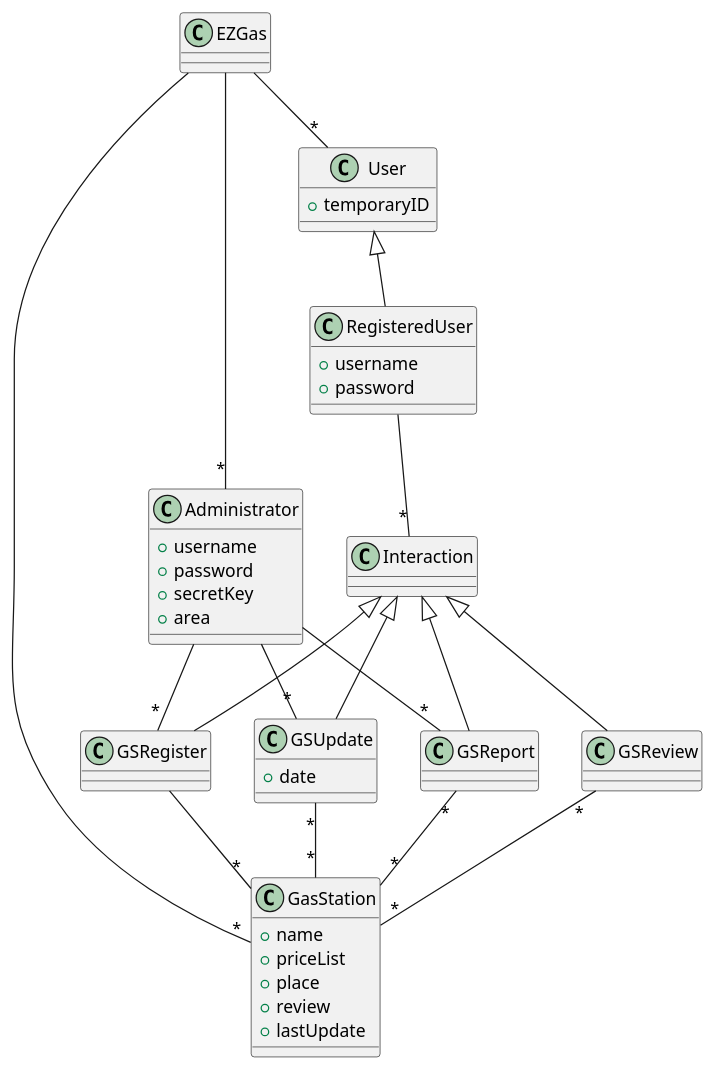
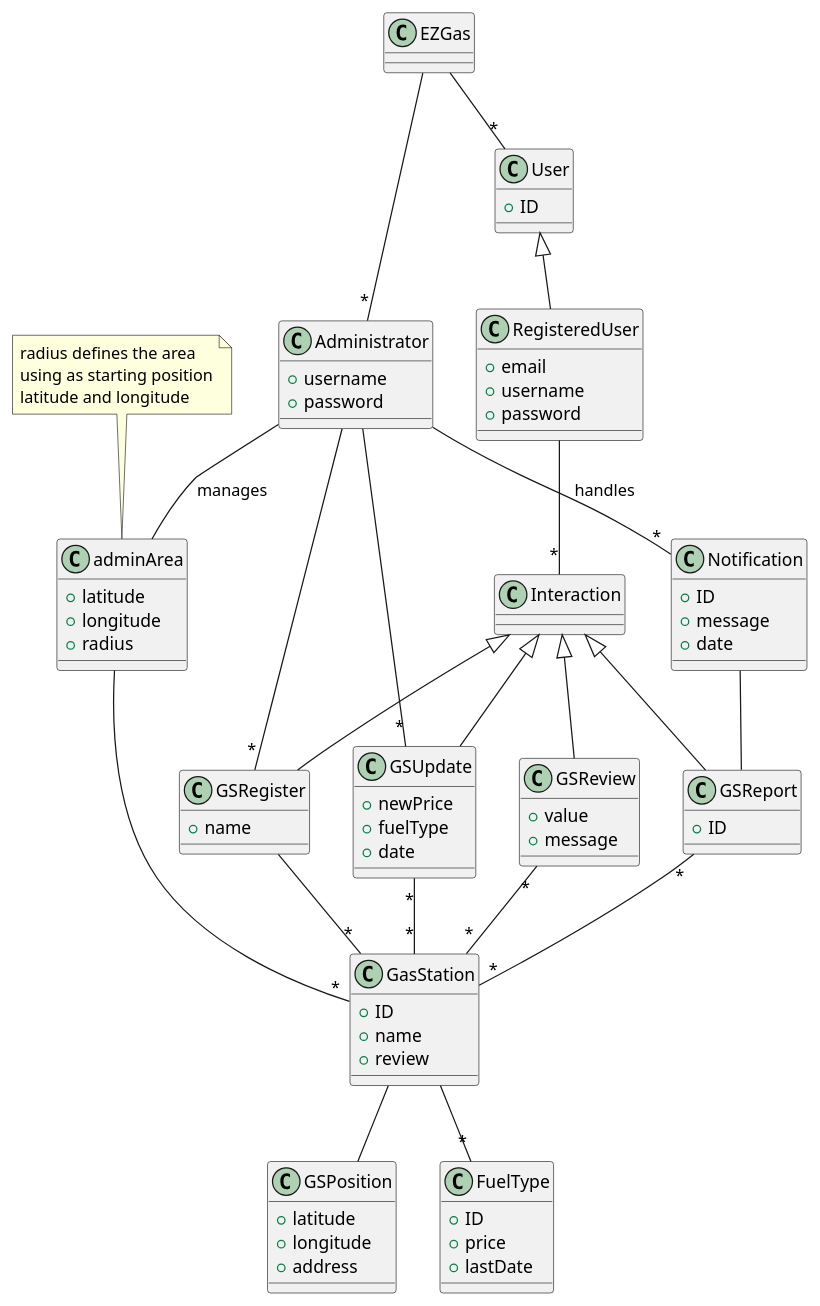
Before and after one commit to SoftengPoliTo/Lab2: the third of 3 diagrams in REQ_s280105.md, drawn with PlantUML. The commit also changed other lines of this file, not shown here.

````diff
--- a/REQ_s280105.md
+++ b/REQ_s280105.md
@@ -293,10 +297,11 @@
 class EZGas
 
 class User {
-+ temporaryID
++ ID
 }
 
 class RegisteredUser {
++ email
 + username
 + password
 }
@@ -304,39 +309,69 @@
 class Administrator{
 + username
 + password
-+ secretKey
-+ area
 }
 
+class adminArea{
+  + latitude
+  + longitude
+  + radius
+}
+note top  
+  radius defines the area 
+  using as starting position
+  latitude and longitude
+end note
+
 class GasStation{
+  + ID
   + name
-  + priceList
-  + place
   + review
-  + lastUpdate
+}
+
+class GSPosition{
+  + latitude
+  + longitude
+  + address
+}
+
+class FuelType{
+  + ID
+  + price
+  + lastDate
 }
 
 class GSRegister{
+  + name
 }
 
 class GSUpdate{
+  + newPrice
+  + fuelType
   + date
 }
 
 class GSReview{
+  + value
+  + message
 }
 
 class GSReport{
+  + ID
 }
 
 class Interaction{
+}
+
+class Notification{
+  + ID
+  + message
+  + date
 }
 
 
 
 EZGas -- "*" User
 EZGas -- "*" Administrator
-EZGas -- "*" GasStation
 
 User <|-- RegisteredUser
 
@@ -347,14 +382,21 @@
 Interaction <|-- GSReview
 Interaction <|-- GSReport
 
-Administrator -- "*" GSReport
+Notification -- GSReport
+
+Administrator -- "*" Notification : handles
 Administrator -- "*" GSRegister
 Administrator -- "*" GSUpdate
+Administrator -- adminArea : manages
 
+adminArea -- "*" GasStation
 GSRegister -- "*" GasStation
 GSUpdate "*" -- "*" GasStation
 GSReview "*" -- "*" GasStation
 GSReport "*" -- "*" GasStation
 
+GasStation -- GSPosition
+GasStation -- "*" FuelType
+
 
 ```
````
